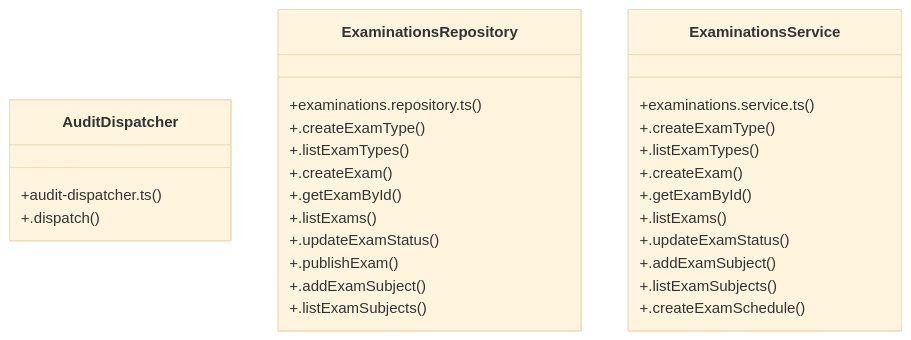
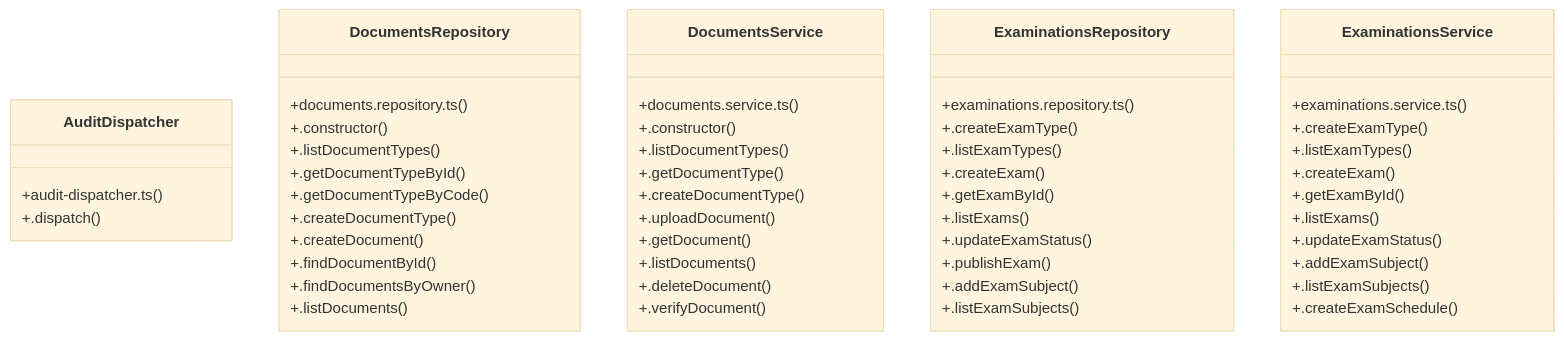
Before and after one commit to laxminivas06/vidforum: the diagram in graphify-out/wiki/[sendSuccess()_&_InstitutionRepository]_Cluster.md, drawn with Mermaid (base theme). The commit also changed other lines of this file and 199 other files, not shown here.

````diff
--- a/graphify-out/wiki/[sendSuccess()_&_InstitutionRepository]_Cluster.md
+++ b/graphify-out/wiki/[sendSuccess()_&_InstitutionRepository]_Cluster.md
@@ -36,31 +36,55 @@
 ```mermaid
 classDiagram
     class AuditDispatcher {
         +audit-dispatcher.ts()
         +.dispatch()
+    }
+    class DocumentsRepository {
+        +documents.repository.ts()
+        +.constructor()
+        +.listDocumentTypes()
+        +.getDocumentTypeById()
+        +.getDocumentTypeByCode()
+        +.createDocumentType()
+        +.createDocument()
+        +.findDocumentById()
+        +.findDocumentsByOwner()
+        +.listDocuments()
+    }
+    class DocumentsService {
+        +documents.service.ts()
+        +.constructor()
+        +.listDocumentTypes()
+        +.getDocumentType()
+        +.createDocumentType()
+        +.uploadDocument()
+        +.getDocument()
+        +.listDocuments()
+        +.deleteDocument()
+        +.verifyDocument()
     }
     class ExaminationsRepository {
         +examinations.repository.ts()
         +.createExamType()
         +.listExamTypes()
         +.createExam()
         +.getExamById()
         +.listExams()
         +.updateExamStatus()
         +.publishExam()
         +.addExamSubject()
         +.listExamSubjects()
     }
     class ExaminationsService {
         +examinations.service.ts()
         +.createExamType()
         +.listExamTypes()
         +.createExam()
         +.getExamById()
         +.listExams()
         +.updateExamStatus()
         +.addExamSubject()
         +.listExamSubjects()
         +.createExamSchedule()
     }
 ```
````
